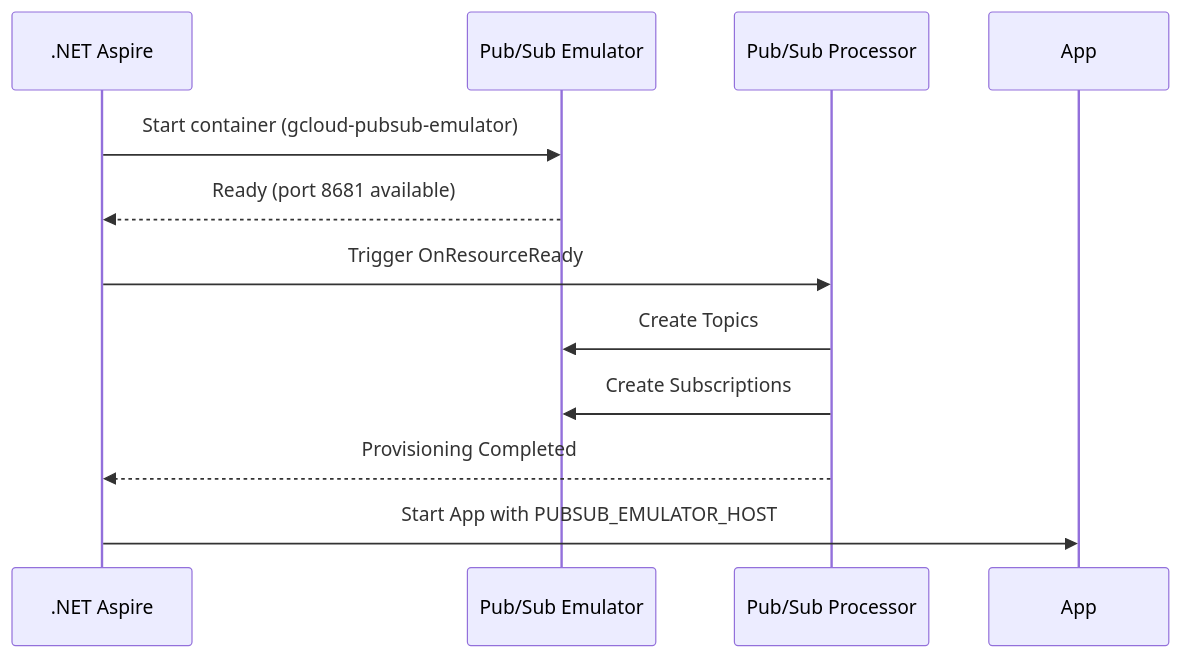
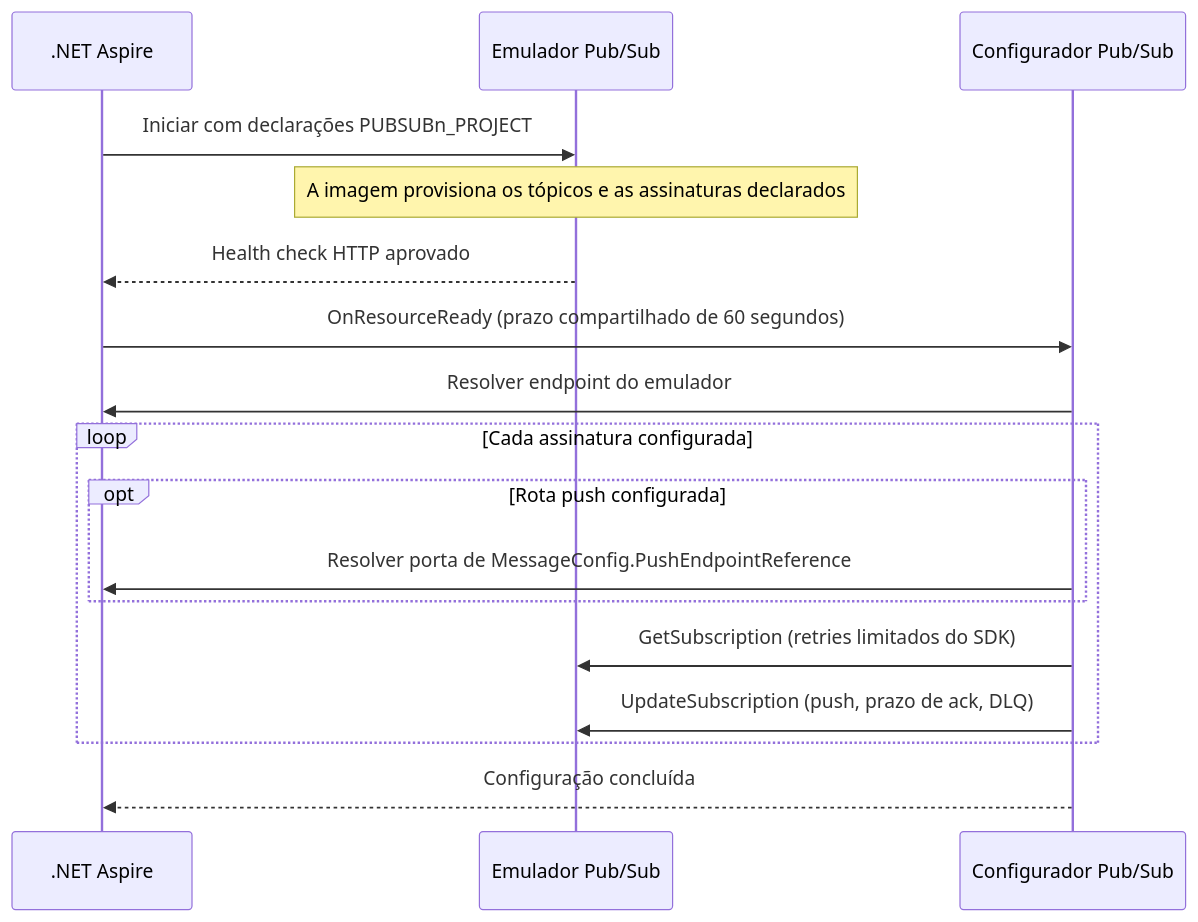
Before and after one commit to Marcus-V-Freitas/MVFC.Aspire.Helpers: the second of 2 diagrams in src/MVFC.Aspire.Helpers.GcpPubSub/README.pt-BR.md, drawn with Mermaid. The commit also changed other lines of this file and 49 other files, not shown here.

First line of the commit message:
feat: aprimora configuração do Pub/Sub

````diff
--- a/src/MVFC.Aspire.Helpers.GcpPubSub/README.pt-BR.md
+++ b/src/MVFC.Aspire.Helpers.GcpPubSub/README.pt-BR.md
@@ -163,14 +198,20 @@
 ```mermaid
 sequenceDiagram
     participant Aspire as .NET Aspire
-    participant Container as Pub/Sub Emulator
-    participant Configurator as Pub/Sub Processor
-    
-    Aspire->>Container: Start container (gcloud-pubsub-emulator)
-    Container-->>Aspire: Ready (port 8681 available)
-    Aspire->>Configurator: Trigger OnResourceReady
-    Configurator->>Container: Create Topics
-    Configurator->>Container: Create Subscriptions
-    Configurator-->>Aspire: Provisioning Completed
-    Aspire->>App: Start App with PUBSUB_EMULATOR_HOST
+    participant Container as Emulador Pub/Sub
+    participant Configurator as Configurador Pub/Sub
+
+    Aspire->>Container: Iniciar com declarações PUBSUBn_PROJECT
+    Note over Container: A imagem provisiona os tópicos e as assinaturas declarados
+    Container-->>Aspire: Health check HTTP aprovado
+    Aspire->>Configurator: OnResourceReady (prazo compartilhado de 60 segundos)
+    Configurator->>Aspire: Resolver endpoint do emulador
+    loop Cada assinatura configurada
+        opt Rota push configurada
+            Configurator->>Aspire: Resolver porta de MessageConfig.PushEndpointReference
+        end
+        Configurator->>Container: GetSubscription (retries limitados do SDK)
+        Configurator->>Container: UpdateSubscription (push, prazo de ack, DLQ)
+    end
+    Configurator-->>Aspire: Configuração concluída
 ```
````
